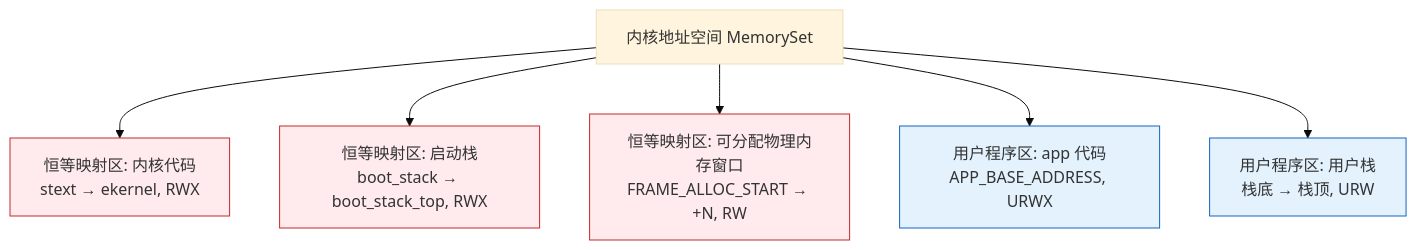
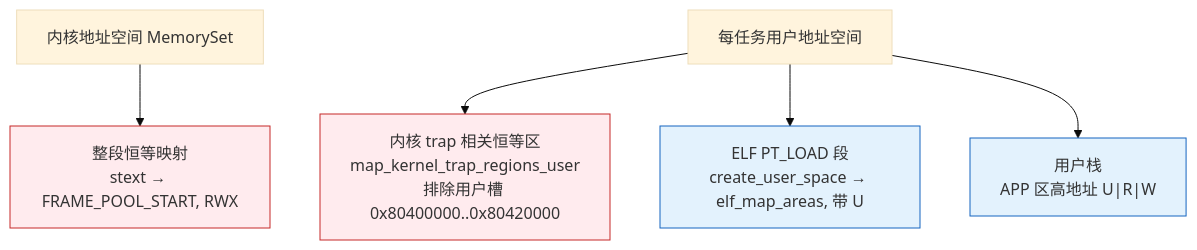
Before and after one commit to AM-SuSh/EVOLVE: the fourth of 4 diagrams in os-lab/labs/lab3-memory.md, drawn with Mermaid (base theme). The commit also changed other lines of this file and 13 other files, not shown here.

````diff
--- a/os-lab/labs/lab3-memory.md
+++ b/os-lab/labs/lab3-memory.md
@@ -136,14 +138,14 @@
 ```mermaid
 graph TD
     KS["内核地址空间 MemorySet"]
-    KS --> A1["恒等映射区: 内核代码<br/>stext → ekernel, RWX"]
-    KS --> A2["恒等映射区: 启动栈<br/>boot_stack → boot_stack_top, RWX"]
-    KS --> A3["恒等映射区: 可分配物理内存窗口<br/>FRAME_ALLOC_START → +N, RW"]
-    KS --> A4["用户程序区: app 代码<br/>APP_BASE_ADDRESS, URWX"]
-    KS --> A5["用户程序区: 用户栈<br/>栈底 → 栈顶, URW"]
+    KS --> A1["整段恒等映射<br/>stext → FRAME_POOL_START, RWX"]
+    US["每任务用户地址空间"]
+    US --> B1["内核 trap 相关恒等区<br/>map_kernel_trap_regions_user<br/>排除用户槽 0x80400000..0x80420000"]
+    US --> B2["ELF PT_LOAD 段<br/>create_user_space → elf_map_areas, 带 U"]
+    US --> B3["用户栈<br/>APP 区高地址 U|R|W"]
 
     classDef k fill:#ffebee,stroke:#c62828;
     classDef u fill:#e3f2fd,stroke:#1565c0;
-    class A1,A2,A3 k;
-    class A4,A5 u;
+    class A1,B1 k;
+    class B2,B3 u;
 ```
````
